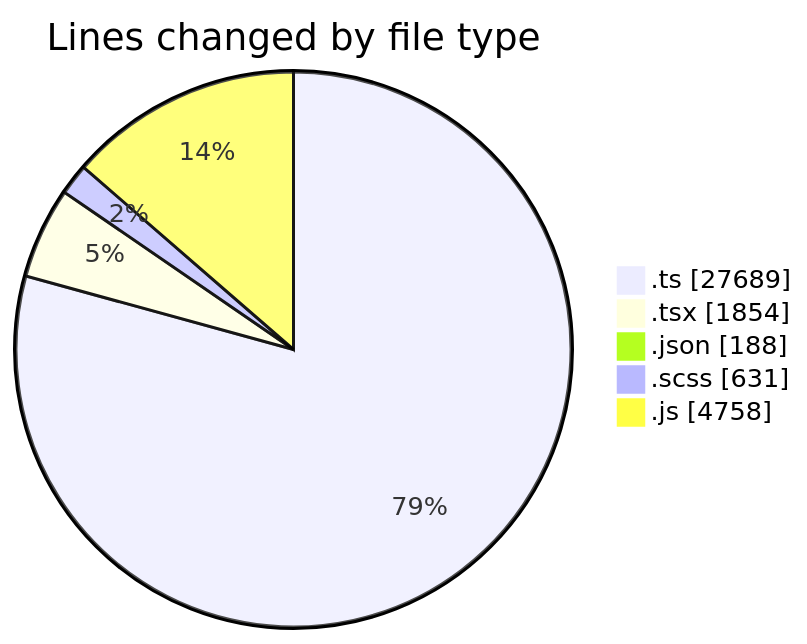
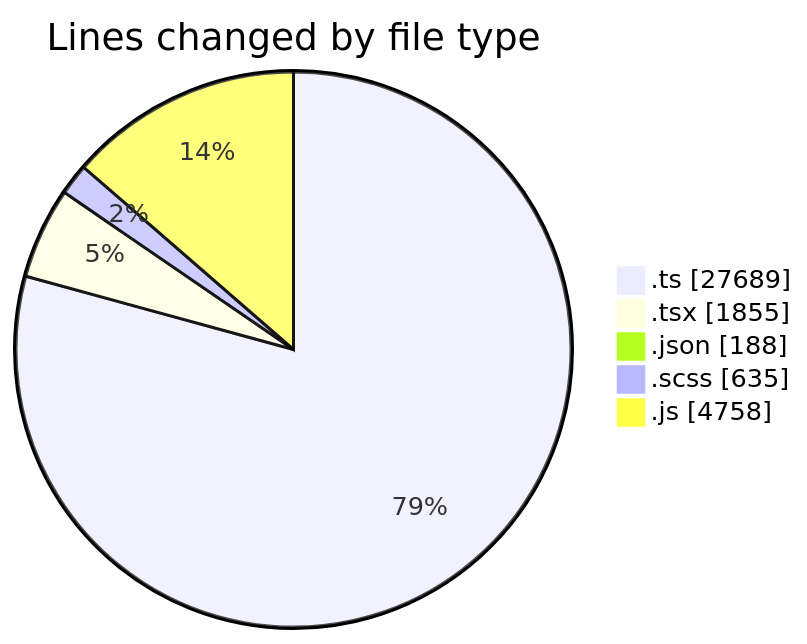
One commit to momahboobian/code-tracking changed the first of 2 diagrams in 2026-05-07/cda/README.md. Above: the diagram before and after it, drawn with Mermaid. The commit also changed other lines of this file and 1 other file, not shown here.

````diff
--- a/2026-05-07/cda/README.md
+++ b/2026-05-07/cda/README.md
@@ -46,9 +46,9 @@
 ```mermaid
 pie showData
 title Lines changed by file type
 ".ts" : 27689
-".tsx" : 1854
+".tsx" : 1855
 ".json" : 188
-".scss" : 631
+".scss" : 635
 ".js" : 4758
 ```
````
